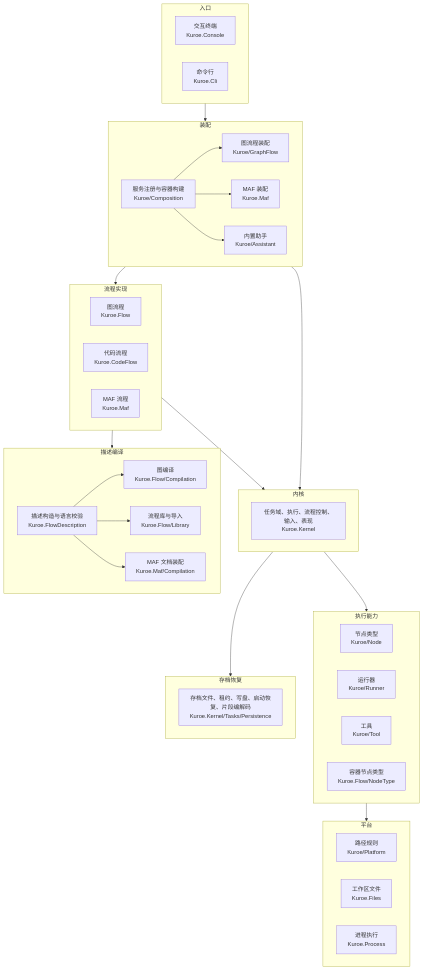
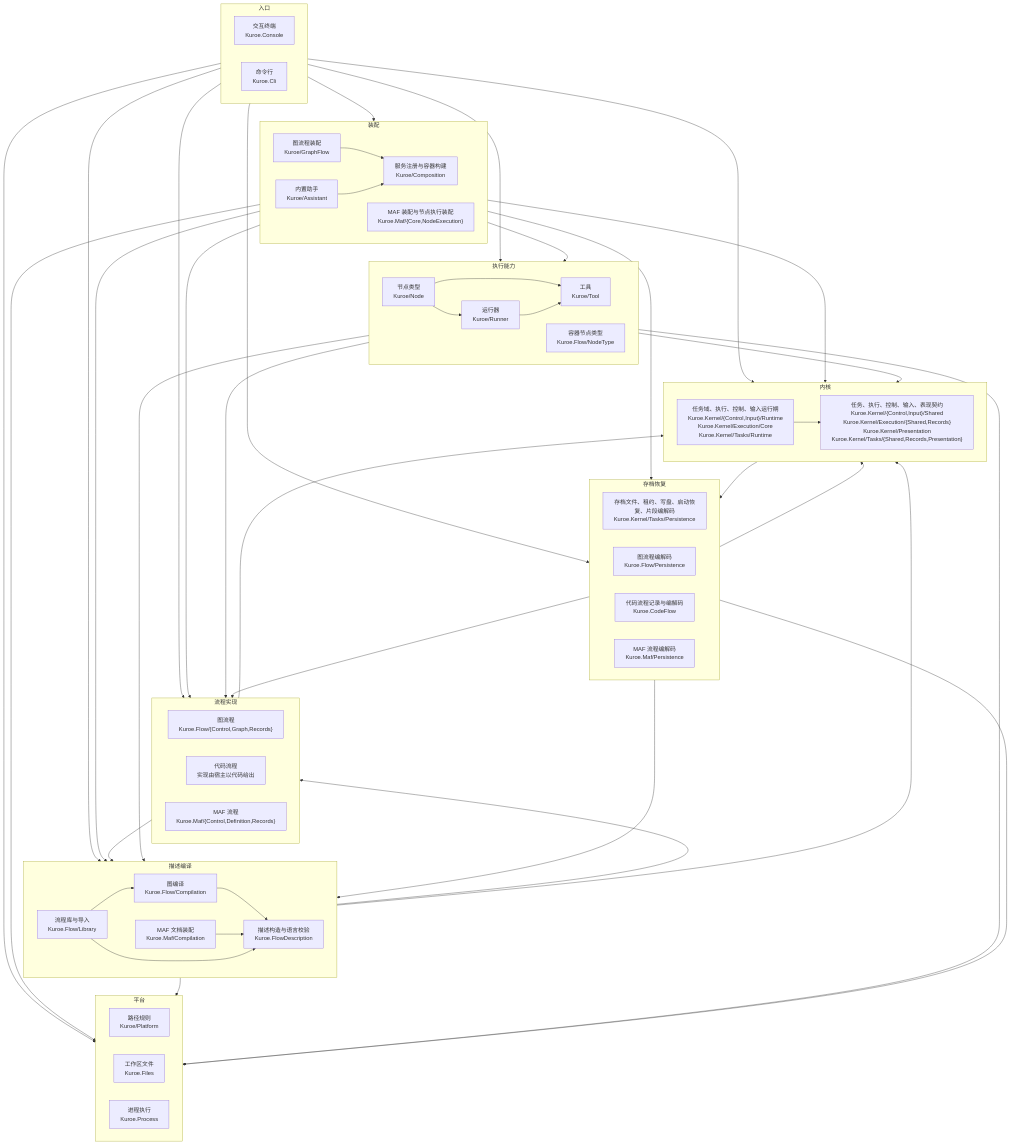
The diagram in docs/dev/architecture/design.md (DrMelt/Kuroe), drawn with Mermaid before and after one commit. The commit also changed other lines of this file and 1 other file, not shown here.

Commit message:
系统结构图按目录归属与引用方向重画，删除快照接口注释的宿主说明

````diff
--- a/docs/dev/architecture/design.md
+++ b/docs/dev/architecture/design.md
@@ -9,50 +11,77 @@
     subgraph LHost["装配"]
         Composition["服务注册与容器构建<br>Kuroe/Composition"]
         GraphFlowHost["图流程装配<br>Kuroe/GraphFlow"]
-        MafHost["MAF 装配<br>Kuroe.Maf"]
+        MafHost["MAF 装配与节点执行装配<br>Kuroe.Maf/{Core,NodeExecution}"]
         Assistant["内置助手<br>Kuroe/Assistant"]
-        Composition --> GraphFlowHost
-        Composition --> MafHost
-        Composition --> Assistant
+        GraphFlowHost --> Composition
+        Assistant --> Composition
     end
     subgraph LFlow["流程实现"]
-        GraphFlow["图流程<br>Kuroe.Flow"]
-        CodeFlow["代码流程<br>Kuroe.CodeFlow"]
-        MafFlow["MAF 流程<br>Kuroe.Maf"]
+        GraphFlow["图流程<br>Kuroe.Flow/{Control,Graph,Records}"]
+        CodeFlow["代码流程<br>实现由宿主以代码给出"]
+        MafFlow["MAF 流程<br>Kuroe.Maf/{Control,Definition,Records}"]
     end
-    subgraph LKernel["内核"]
-        Kernel["任务域、执行、流程控制、输入、表现<br>Kuroe.Kernel"]
+    subgraph LDescription["描述编译"]
+        FlowDescription["描述构造与语言校验<br>Kuroe.FlowDescription"]
+        FlowCompilation["图编译<br>Kuroe.Flow/Compilation"]
+        FlowLibrary["流程库与导入<br>Kuroe.Flow/Library"]
+        MafCompilation["MAF 文档装配<br>Kuroe.Maf/Compilation"]
+        FlowCompilation --> FlowDescription
+        MafCompilation --> FlowDescription
+        FlowLibrary --> FlowCompilation
+        FlowLibrary --> FlowDescription
     end
     subgraph LAbility["执行能力"]
         Node["节点类型<br>Kuroe/Node"]
         Runner["运行器<br>Kuroe/Runner"]
         Tool["工具<br>Kuroe/Tool"]
         Container["容器节点类型<br>Kuroe.Flow/NodeType"]
+        Node --> Runner
+        Node --> Tool
+        Runner --> Tool
+    end
+    subgraph LPersistence["存档恢复"]
+        Persistence["存档文件、租约、写盘、启动恢复、片段编解码<br>Kuroe.Kernel/Tasks/Persistence"]
+        GraphCodec["图流程编解码<br>Kuroe.Flow/Persistence"]
+        CodeRecords["代码流程记录与编解码<br>Kuroe.CodeFlow"]
+        MafCodec["MAF 流程编解码<br>Kuroe.Maf/Persistence"]
+    end
+    subgraph LKernel["内核"]
+        KernelRuntime["任务域、执行、控制、输入运行期<br>Kuroe.Kernel/{Control,Input}/Runtime<br>Kuroe.Kernel/Execution/Core<br>Kuroe.Kernel/Tasks/Runtime"]
+        KernelContracts["任务、执行、控制、输入、表现契约<br>Kuroe.Kernel/{Control,Input}/Shared<br>Kuroe.Kernel/Execution/{Shared,Records}<br>Kuroe.Kernel/Presentation<br>Kuroe.Kernel/Tasks/{Shared,Records,Presentation}"]
+        KernelRuntime --> KernelContracts
     end
     subgraph LPlatform["平台"]
         Platform["路径规则<br>Kuroe/Platform"]
         Files["工作区文件<br>Kuroe.Files"]
         Process["进程执行<br>Kuroe.Process"]
     end
-    subgraph LDescription["描述编译"]
-        FlowDescription["描述构造与语言校验<br>Kuroe.FlowDescription"]
-        FlowCompilation["图编译<br>Kuroe.Flow/Compilation"]
-        FlowLibrary["流程库与导入<br>Kuroe.Flow/Library"]
-        MafCompilation["MAF 文档装配<br>Kuroe.Maf/Compilation"]
-        FlowDescription --> FlowCompilation
-        FlowDescription --> FlowLibrary
-        FlowDescription --> MafCompilation
-    end
-    subgraph LPersistence["存档恢复"]
-        Persistence["存档文件、租约、写盘、启动恢复、片段编解码<br>Kuroe.Kernel/Tasks/Persistence"]
-    end
 
     LEntry --> LHost
+    LEntry --> LFlow
+    LEntry --> LDescription
+    LEntry --> LAbility
+    LEntry --> LKernel
+    LEntry --> LPersistence
+    LEntry --> LPlatform
     LHost --> LFlow
+    LHost --> LDescription
+    LHost --> LAbility
     LHost --> LKernel
+    LHost --> LPersistence
+    LHost --> LPlatform
+    LFlow --> LDescription
     LFlow --> LKernel
-    LFlow --> LDescription
-    LKernel --> LAbility
+    LDescription --> LFlow
+    LDescription --> LKernel
+    LDescription --> LPlatform
+    LAbility --> LFlow
+    LAbility --> LDescription
+    LAbility --> LKernel
+    LAbility --> LPlatform
+    LPersistence --> LFlow
+    LPersistence --> LDescription
+    LPersistence --> LKernel
+    LPersistence --> LPlatform
     LKernel --> LPersistence
-    LAbility --> LPlatform
 ```
````
